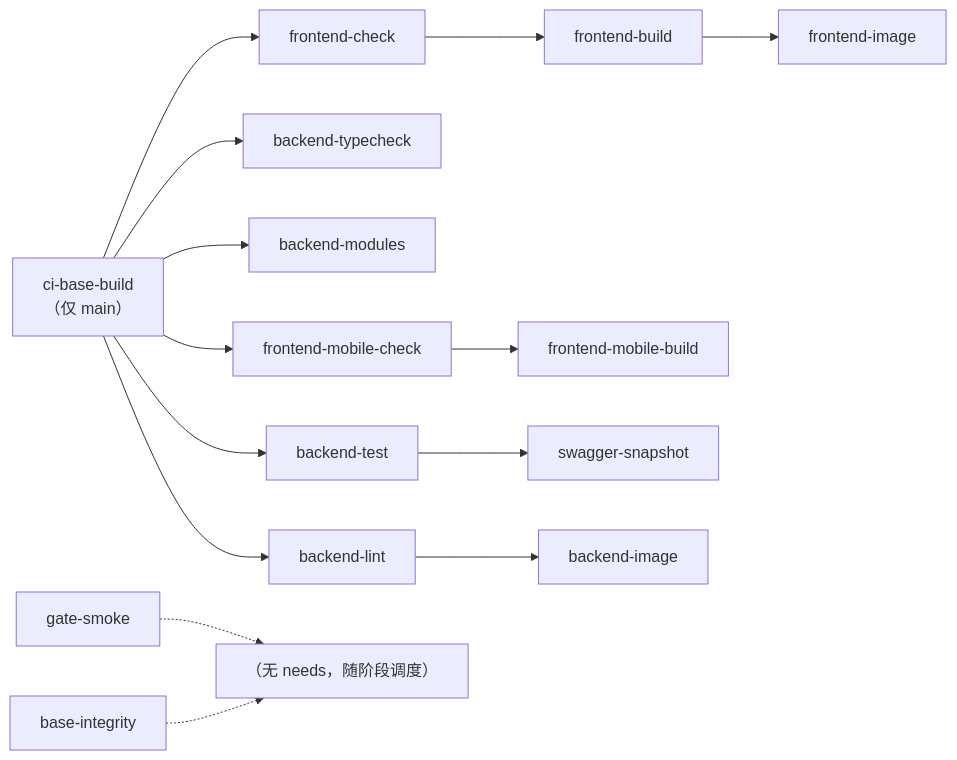
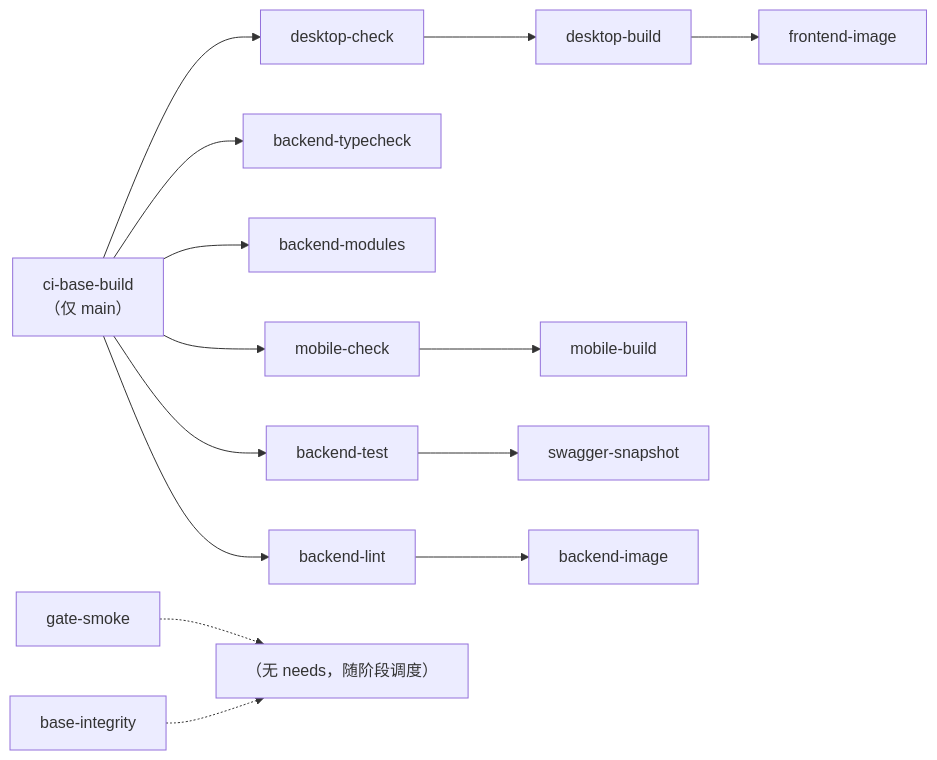
Before and after one commit to minjian123/basic-management-system: the diagram in bms文档/项目/01_项目骨架/任务/04_CI与阶段验收/04_CI与阶段验收_01_CI流水线激活/设计/01_详细设计_01_CI流水线激活.md, drawn with Mermaid. The commit also changed other lines of this file and 274 other files, not shown here.

````diff
--- a/bms文档/项目/01_项目骨架/任务/04_CI与阶段验收/04_CI与阶段验收_01_CI流水线激活/设计/01_详细设计_01_CI流水线激活.md
+++ b/bms文档/项目/01_项目骨架/任务/04_CI与阶段验收/04_CI与阶段验收_01_CI流水线激活/设计/01_详细设计_01_CI流水线激活.md
@@ -72,16 +72,16 @@
 ```mermaid
 flowchart LR
     BASE["ci-base-build<br/>（仅 main）"] --> BL["backend-lint"]
     BASE --> BT["backend-typecheck"]
     BASE --> BM["backend-modules"]
     BASE --> BTE["backend-test"]
-    BASE --> FC["frontend-check"]
-    BASE --> FMC["frontend-mobile-check"]
-    FC --> FB["frontend-build"]
-    FMC --> FMB["frontend-mobile-build"]
+    BASE --> FC["desktop-check"]
+    BASE --> FMC["mobile-check"]
+    FC --> FB["desktop-build"]
+    FMC --> FMB["mobile-build"]
     BTE --> SW["swagger-snapshot"]
     FB --> FI["frontend-image"]
     BL --> BI2["backend-image"]
     GS["gate-smoke"] -.-> X["（无 needs，随阶段调度）"]
     BIC["base-integrity"] -.-> X
 ```
````
